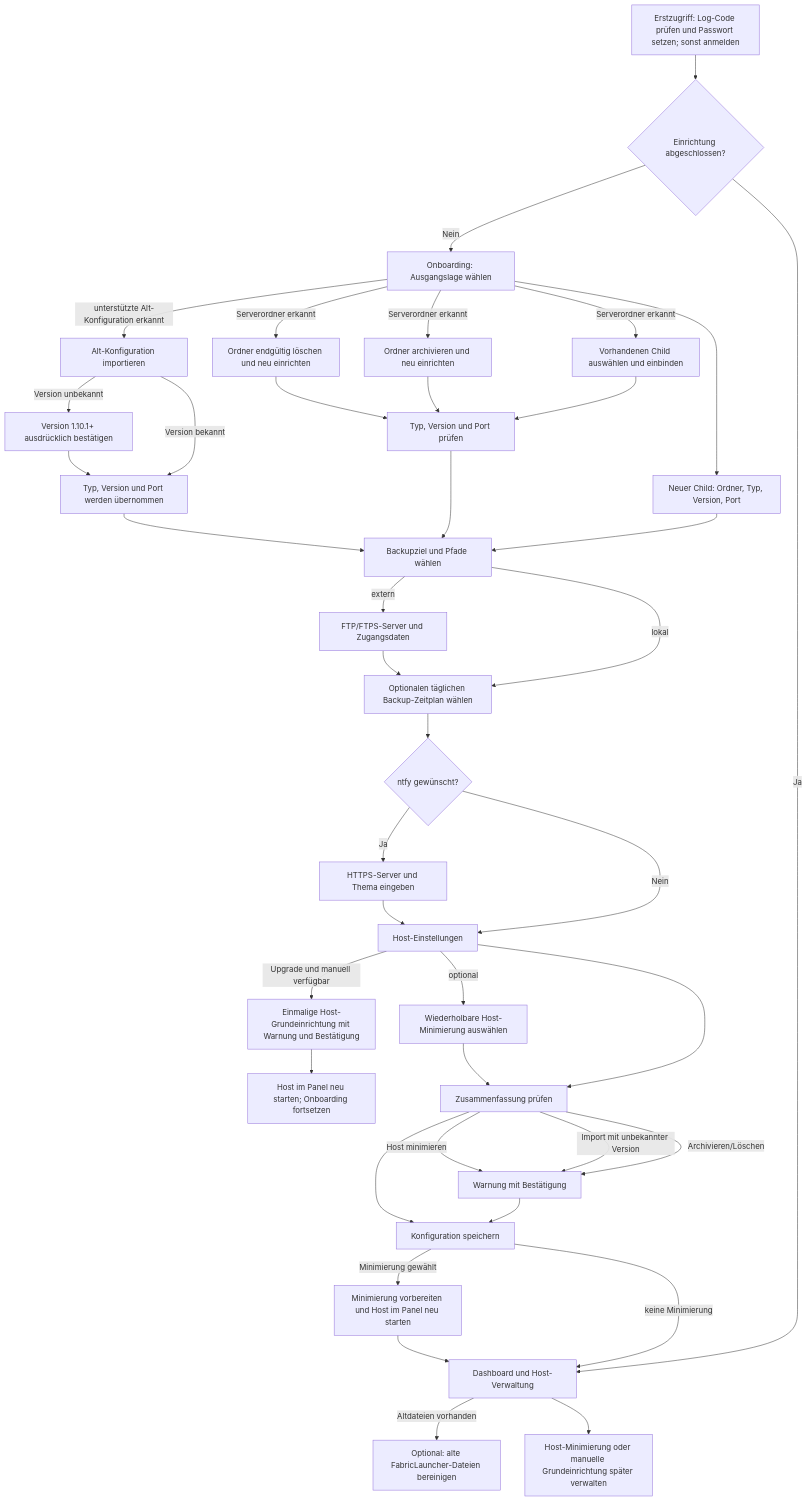
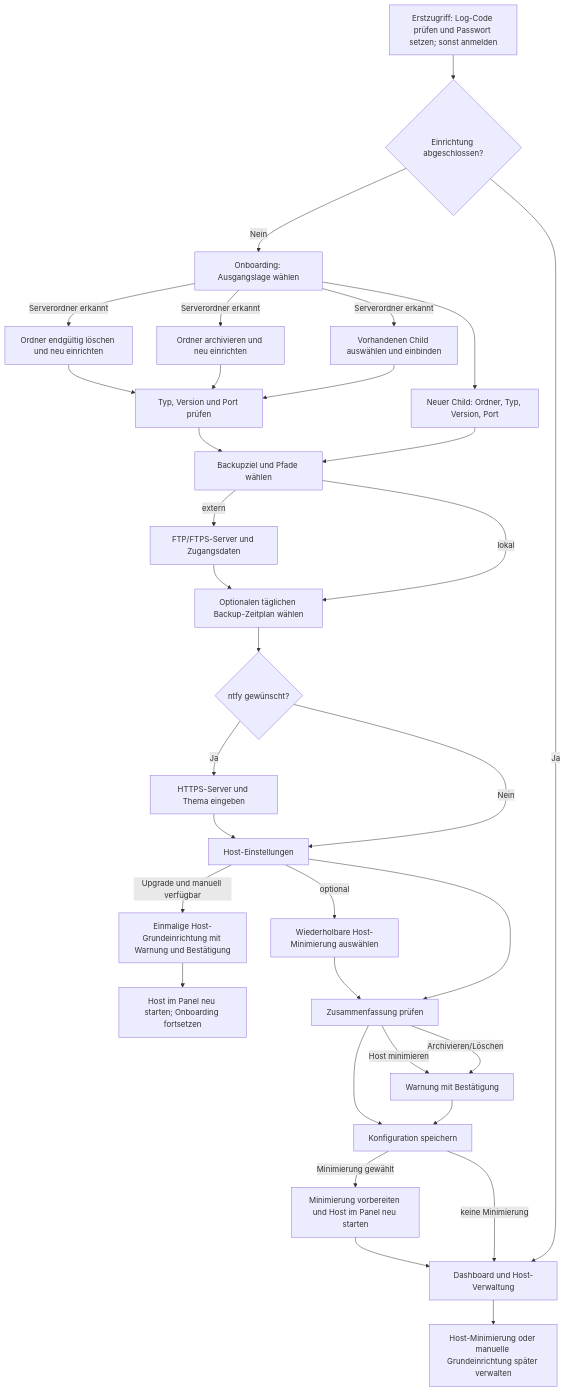
One commit to PrinceDiamant/minecraft-serverhoster-plugin changed the diagram in docs/ONBOARDING.md. Above: the diagram before and after it, drawn with Mermaid. The commit also changed 118 other files, not shown here.

````diff
--- a/docs/ONBOARDING.md
+++ b/docs/ONBOARDING.md
@@ -3,42 +3,35 @@
 ```mermaid
 flowchart TD
     A[Erstzugriff: Log-Code prüfen und Passwort setzen; sonst anmelden] --> B{Einrichtung abgeschlossen?}
     B -- Ja --> Z[Dashboard und Host-Verwaltung]
     B -- Nein --> C[Onboarding: Ausgangslage wählen]
     C --> N[Neuer Child: Ordner, Typ, Version, Port]
     C -->|Serverordner erkannt| E[Vorhandenen Child auswählen und einbinden]
-    C -->|unterstützte Alt-Konfiguration erkannt| I[Alt-Konfiguration importieren]
     C -->|Serverordner erkannt| R[Ordner archivieren und neu einrichten]
     C -->|Serverordner erkannt| D[Ordner endgültig löschen und neu einrichten]
     E --> F[Typ, Version und Port prüfen]
     R --> F
     D --> F
-    I -->|Version unbekannt| V[Version 1.10.1+ ausdrücklich bestätigen]
-    I -->|Version bekannt| T[Typ, Version und Port werden übernommen]
-    V --> T
     N --> B1[Backupziel und Pfade wählen]
     F --> B1
-    T --> B1
     B1 -->|extern| B2[FTP/FTPS-Server und Zugangsdaten]
     B1 -->|lokal| B3[Optionalen täglichen Backup-Zeitplan wählen]
     B2 --> B3
     B3 --> O{ntfy gewünscht?}
     O -- Ja --> P[HTTPS-Server und Thema eingeben]
     O -- Nein --> H
     P --> H[Host-Einstellungen]
     H -->|optional| M[Wiederholbare Host-Minimierung auswählen]
     H -->|Upgrade und manuell verfügbar| G[Einmalige Host-Grundeinrichtung mit Warnung und Bestätigung]
     G --> K[Host im Panel neu starten; Onboarding fortsetzen]
     H --> Q[Zusammenfassung prüfen]
     M --> Q
     Q -->|Archivieren/Löschen| X[Warnung mit Bestätigung]
-    Q -->|Import mit unbekannter Version| X
     Q -->|Host minimieren| X
     X --> S[Konfiguration speichern]
     Q --> S
     S -->|Minimierung gewählt| J[Minimierung vorbereiten und Host im Panel neu starten]
     S -->|keine Minimierung| Z
     J --> Z
-    Z -->|Altdateien vorhanden| L[Optional: alte FabricLauncher-Dateien bereinigen]
     Z --> U[Host-Minimierung oder manuelle Grundeinrichtung später verwalten]
 ```
````
